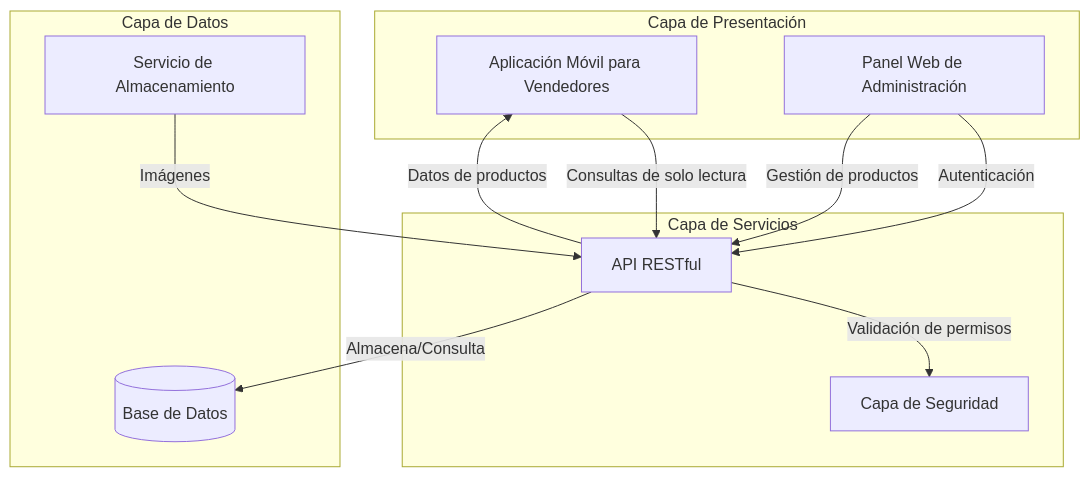
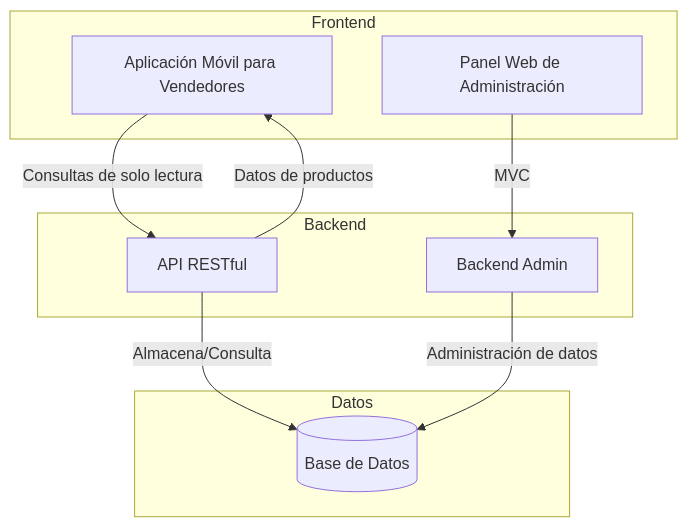
Before and after one commit to helter985/acs-2025-blue: the diagram in README.md, drawn with Mermaid. The commit also changed other lines of this file and 1 other file, not shown here.

````diff
--- a/README.md
+++ b/README.md
@@ -276,25 +284,23 @@
 ```mermaid
 graph TD
     A[Aplicación Móvil para Vendedores] -->|Consultas de solo lectura| B[API RESTful]
     B -->|Datos de productos| A
-    C[Panel Web de Administración] -->|Autenticación| B
-    C -->|Gestión de productos| B
-    B -->|Validación de permisos| D[Capa de Seguridad]
     B -->|Almacena/Consulta| E[(Base de Datos)]
-    F[Servicio de Almacenamiento] -->|Imágenes| B
     
-    subgraph "Capa de Presentación"
+    F[Panel Web de Administración] -->|MVC| G[Backend Admin]
+    G -->|Administración de datos| E
+    
+    subgraph "Frontend"
         A
-        C
+        F
     end
     
-    subgraph "Capa de Servicios"
+    subgraph "Backend"
         B
-        D
+        G
     end
     
-    subgraph "Capa de Datos"
+    subgraph "Datos"
         E
-        F
     end
 ```
````
